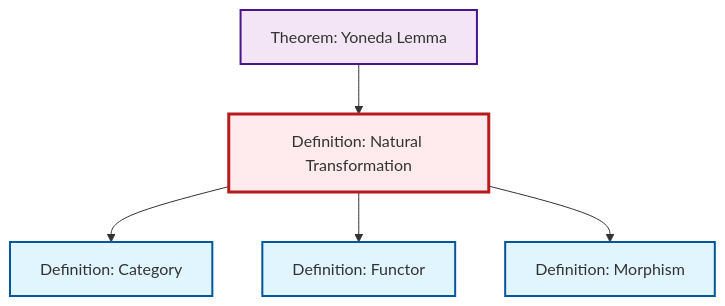
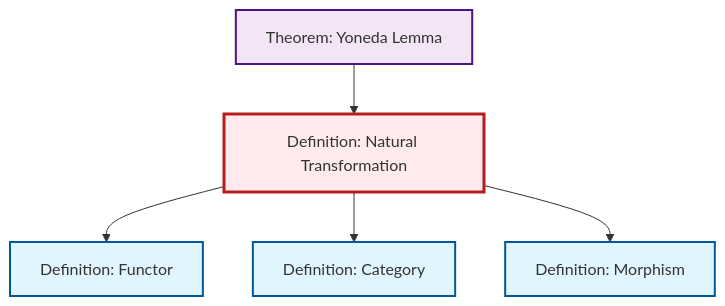
The diagram in content/ja/category-theory/def-natural-transformation.qmd (RK0429/ModernMath), drawn with Mermaid before and after one commit. The commit also changed other lines of this file and 615 other files, not shown here.

````diff
--- a/content/ja/category-theory/def-natural-transformation.qmd
+++ b/content/ja/category-theory/def-natural-transformation.qmd
@@ -60,23 +60,23 @@
 ```{mermaid}
 %%| fig-cap: "Local dependency graph"
 graph TD
     classDef definition fill:#e1f5fe,stroke:#01579b,stroke-width:2px
     classDef theorem fill:#f3e5f5,stroke:#4a148c,stroke-width:2px
     classDef axiom fill:#fff3e0,stroke:#e65100,stroke-width:2px
     classDef example fill:#e8f5e9,stroke:#1b5e20,stroke-width:2px
     classDef current fill:#ffebee,stroke:#b71c1c,stroke-width:3px
-    def-functor["Definition: Functor"]:::definition
-    thm-yoneda["Theorem: Yoneda Lemma"]:::theorem
     def-natural-transformation["Definition: Natural Transformation"]:::definition
     def-category["Definition: Category"]:::definition
     def-morphism["Definition: Morphism"]:::definition
+    def-functor["Definition: Functor"]:::definition
+    thm-yoneda["Theorem: Yoneda Lemma"]:::theorem
+    def-natural-transformation --> def-functor
     def-natural-transformation --> def-category
-    def-natural-transformation --> def-functor
+    def-natural-transformation --> def-morphism
     thm-yoneda --> def-natural-transformation
-    def-natural-transformation --> def-morphism
     class def-natural-transformation current
+    click def-category "def-category.html" "Definition: Categoryへ"
+    click def-morphism "def-morphism.html" "Definition: Morphismへ"
     click def-functor "def-functor.html" "Definition: Functorへ"
     click thm-yoneda "thm-yoneda.html" "Theorem: Yoneda Lemmaへ"
-    click def-category "def-category.html" "Definition: Categoryへ"
-    click def-morphism "def-morphism.html" "Definition: Morphismへ"
 ```
````
